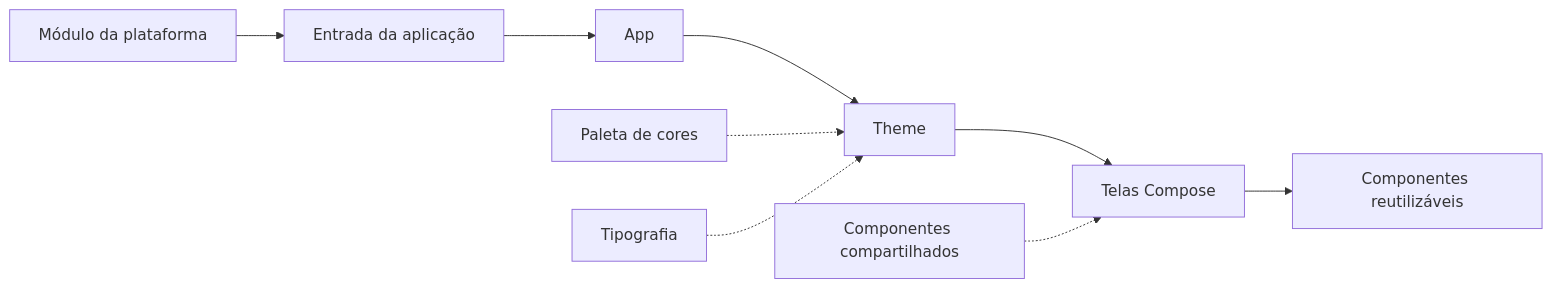
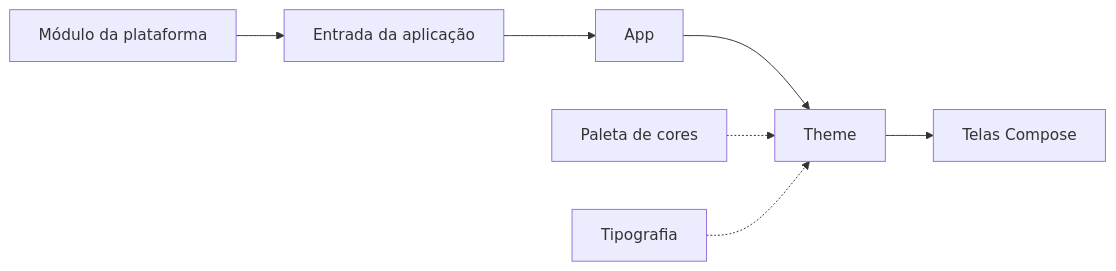
One commit to TheLovelace/Greenhouse changed the second of 2 diagrams in README.md. Above: the diagram before and after it, drawn with Mermaid. The commit also changed other lines of this file and 13 other files, not shown here.

````diff
--- a/README.md
+++ b/README.md
@@ -209,12 +209,10 @@
 ```mermaid
 flowchart LR
     A[Módulo da plataforma] --> B[Entrada da aplicação]
     B --> C[App]
     C --> D[Theme]
     D --> E[Telas Compose]
-    E --> F[Componentes reutilizáveis]
 
     G[Paleta de cores] -.-> D
     H[Tipografia] -.-> D
-    I[Componentes compartilhados] -.-> E
 ```
````
